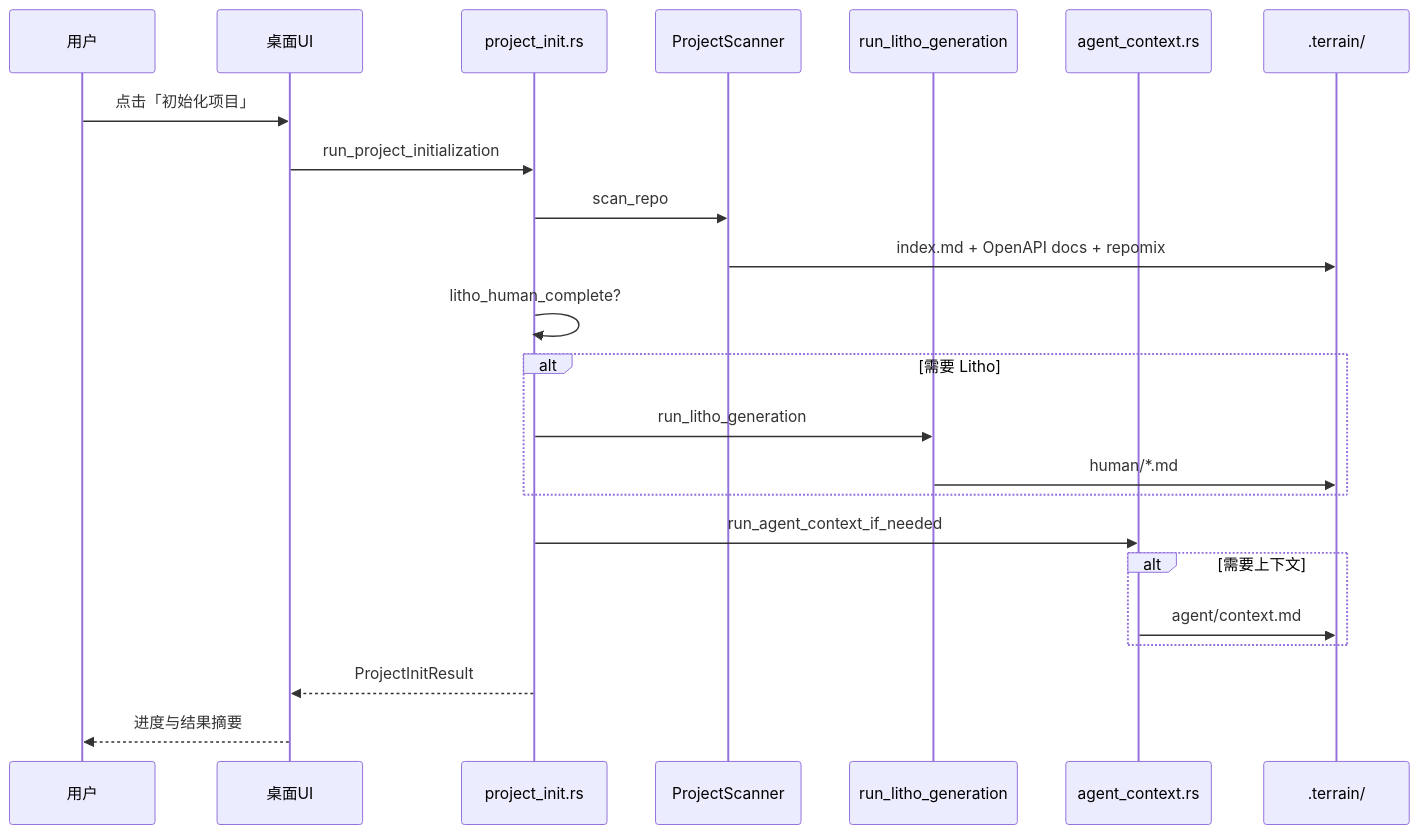
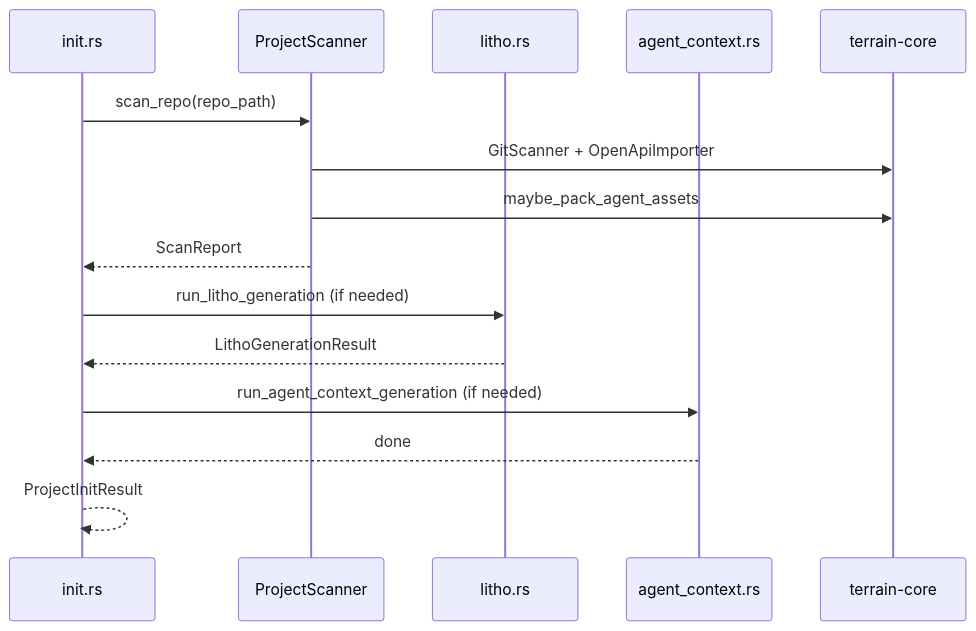
Before and after one commit to sopaco/terrain: the third of 6 diagrams in .terrain/human/3.工作流.md, drawn with Mermaid. The commit also changed other lines of this file and 79 other files, not shown here.

````diff
--- a/.terrain/human/3.工作流.md
+++ b/.terrain/human/3.工作流.md
@@ -72,26 +58,18 @@
 ```mermaid
 sequenceDiagram
-    participant User as 用户
-    participant UI as 桌面UI
-    participant Init as project_init.rs
-    participant Scan as ProjectScanner
-    participant Litho as run_litho_generation
+    participant Init as init.rs
+    participant Scanner as ProjectScanner
+    participant Litho as litho.rs
     participant Ctx as agent_context.rs
-    participant Disk as .terrain/
+    participant Core as terrain-core
 
-    User->>UI: 点击「初始化项目」
-    UI->>Init: run_project_initialization
-    Init->>Scan: scan_repo
-    Scan->>Disk: index.md + OpenAPI docs + repomix
-    Init->>Init: litho_human_complete?
-    alt 需要 Litho
-        Init->>Litho: run_litho_generation
-        Litho->>Disk: human/*.md
-    end
-    Init->>Ctx: run_agent_context_if_needed
-    alt 需要上下文
-        Ctx->>Disk: agent/context.md
-    end
-    Init-->>UI: ProjectInitResult
-    UI-->>User: 进度与结果摘要
+    Init->>Scanner: scan_repo(repo_path)
+    Scanner->>Core: GitScanner + OpenApiImporter
+    Scanner->>Core: maybe_pack_agent_assets
+    Scanner-->>Init: ScanReport
+    Init->>Litho: run_litho_generation (if needed)
+    Litho-->>Init: LithoGenerationResult
+    Init->>Ctx: run_agent_context_generation (if needed)
+    Ctx-->>Init: done
+    Init-->>Init: ProjectInitResult
 ```
````
